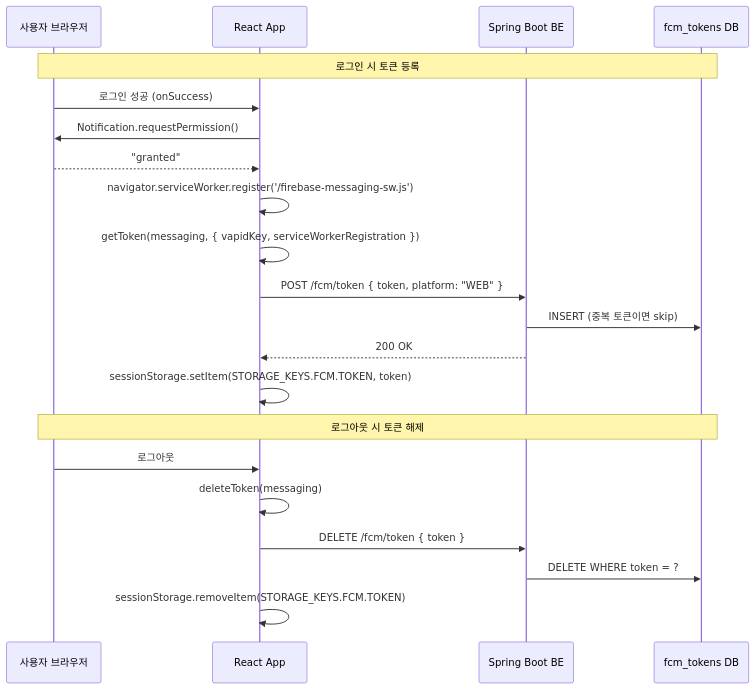
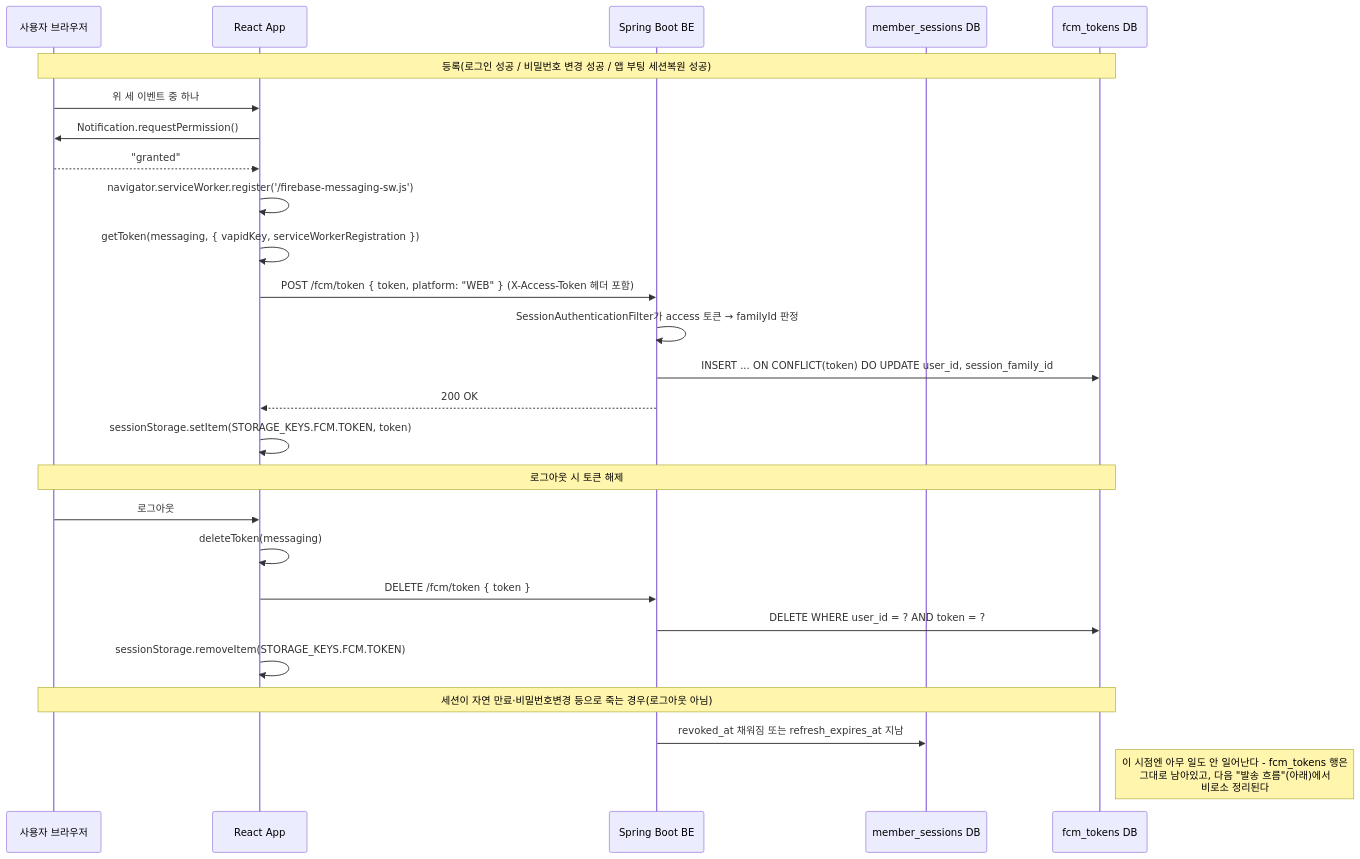
The second of 3 diagrams in docs/FCM-PUSH-NOTIFICATION.md (BAECHAN/link-sphere_FE_NEW), drawn with Mermaid before and after one commit. The commit also changed other lines of this file and 5 other files, not shown here.

First line of the commit message:
feat(auth): 비밀번호 변경·세션 복원 시에도 FCM 토큰 재등록 (#246)

````diff
--- a/docs/FCM-PUSH-NOTIFICATION.md
+++ b/docs/FCM-PUSH-NOTIFICATION.md
@@ -101,25 +129,31 @@
 ```mermaid
 sequenceDiagram
   participant User as 사용자 브라우저
   participant FE as React App
   participant BE as Spring Boot BE
+  participant SessDB as member_sessions DB
   participant DB as fcm_tokens DB
 
-  Note over User,DB: 로그인 시 토큰 등록
-  User->>FE: 로그인 성공 (onSuccess)
+  Note over User,DB: 등록(로그인 성공 / 비밀번호 변경 성공 / 앱 부팅 세션복원 성공)
+  User->>FE: 위 세 이벤트 중 하나
   FE->>User: Notification.requestPermission()
   User-->>FE: "granted"
   FE->>FE: navigator.serviceWorker.register('/firebase-messaging-sw.js')
   FE->>FE: getToken(messaging, { vapidKey, serviceWorkerRegistration })
-  FE->>BE: POST /fcm/token { token, platform: "WEB" }
-  BE->>DB: INSERT (중복 토큰이면 skip)
+  FE->>BE: POST /fcm/token { token, platform: "WEB" } (X-Access-Token 헤더 포함)
+  BE->>BE: SessionAuthenticationFilter가 access 토큰 → familyId 판정
+  BE->>DB: INSERT ... ON CONFLICT(token) DO UPDATE user_id, session_family_id
   BE-->>FE: 200 OK
   FE->>FE: sessionStorage.setItem(STORAGE_KEYS.FCM.TOKEN, token)
 
   Note over User,DB: 로그아웃 시 토큰 해제
   User->>FE: 로그아웃
   FE->>FE: deleteToken(messaging)
   FE->>BE: DELETE /fcm/token { token }
-  BE->>DB: DELETE WHERE token = ?
+  BE->>DB: DELETE WHERE user_id = ? AND token = ?
   FE->>FE: sessionStorage.removeItem(STORAGE_KEYS.FCM.TOKEN)
+
+  Note over User,DB: 세션이 자연 만료·비밀번호변경 등으로 죽는 경우(로그아웃 아님)
+  BE->>SessDB: revoked_at 채워짐 또는 refresh_expires_at 지남
+  Note right of DB: 이 시점엔 아무 일도 안 일어난다 - fcm_tokens 행은<br/>그대로 남아있고, 다음 "발송 흐름"(아래)에서<br/>비로소 정리된다
 ```
````
